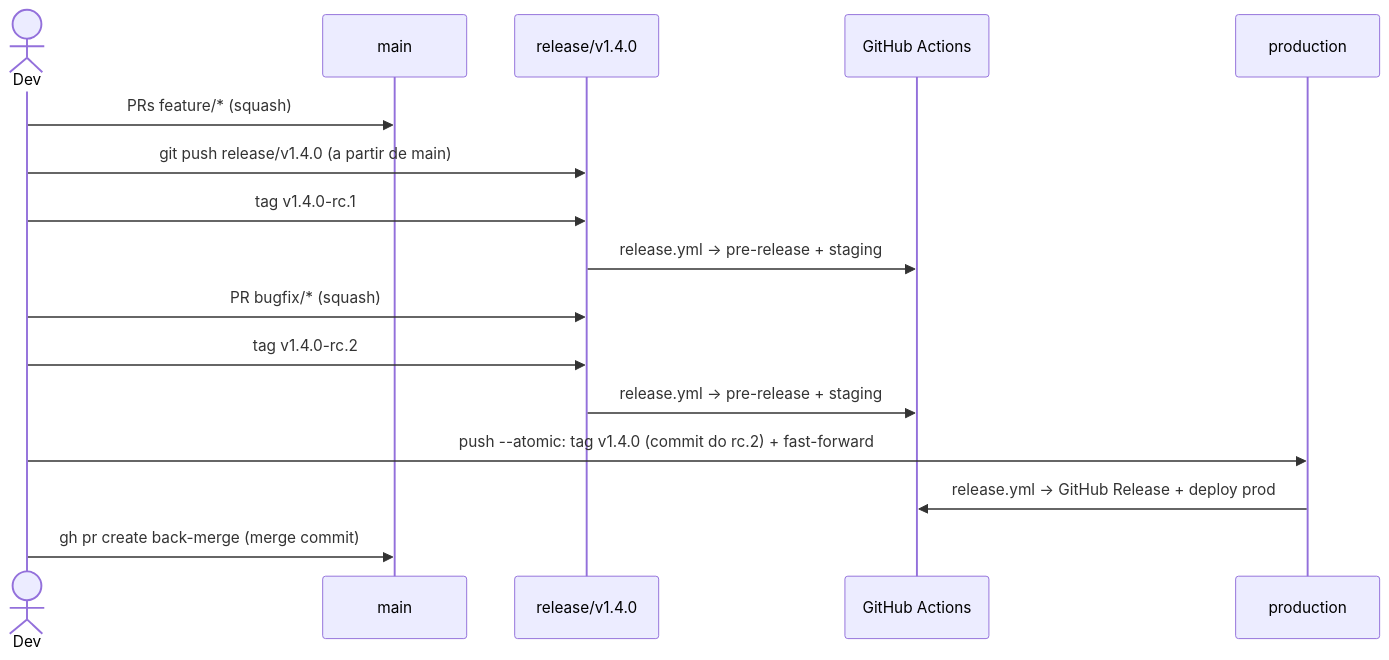
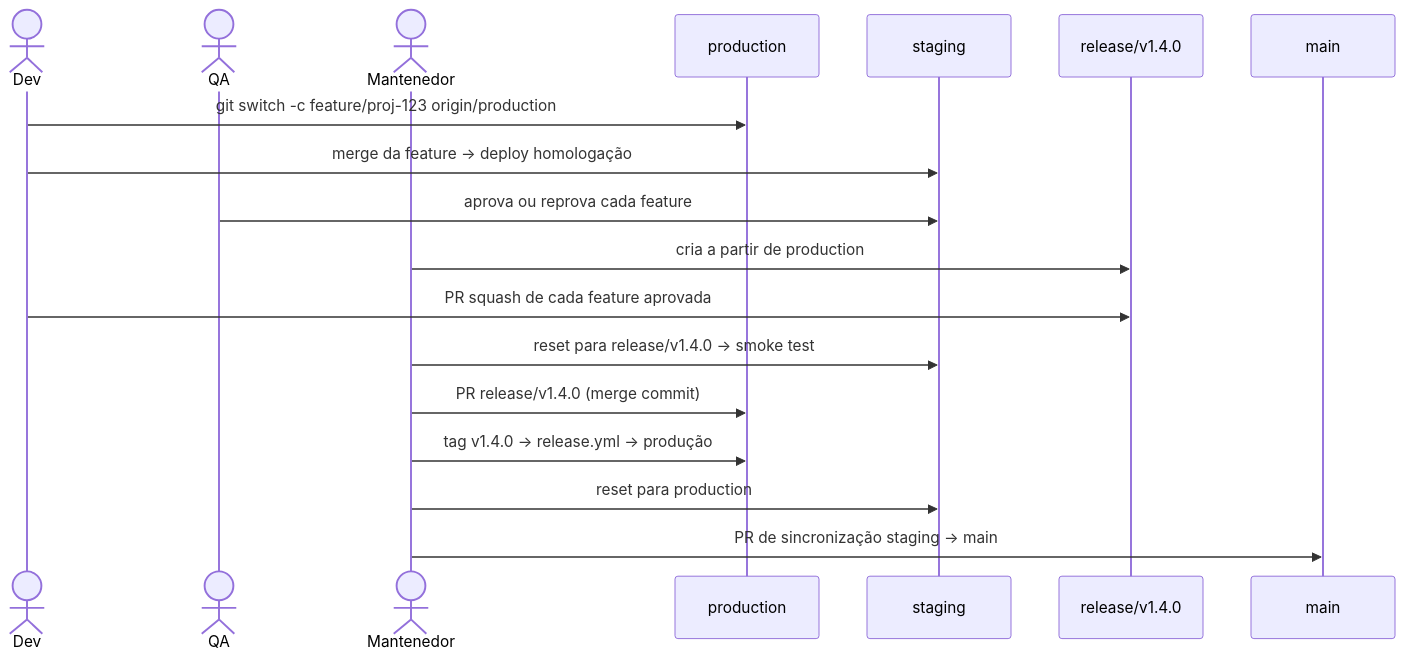
The diagram in GitFlow/03-releases-e-tags.md (uesleinasch/ConventionsCode), drawn with Mermaid before and after one commit. The commit also changed other lines of this file and 20 other files, not shown here.

First line of the commit message:
feat(gitflow)!: adota release seletiva a partir de production com staging opcional

````diff
--- a/GitFlow/03-releases-e-tags.md
+++ b/GitFlow/03-releases-e-tags.md
@@ -26,19 +26,21 @@
 ```mermaid
 sequenceDiagram
     actor Dev
+    actor QA
+    actor Mant as Mantenedor
+    participant prod as production
+    participant stg as staging
+    participant rel as release/v1.4.0
     participant main
-    participant rel as release/v1.4.0
-    participant gh as GitHub Actions
-    participant prod as production
 
-    Dev->>main: PRs feature/* (squash)
-    Dev->>rel: git push release/v1.4.0 (a partir de main)
-    Dev->>rel: tag v1.4.0-rc.1
-    rel->>gh: release.yml → pre-release + staging
-    Dev->>rel: PR bugfix/* (squash)
-    Dev->>rel: tag v1.4.0-rc.2
-    rel->>gh: release.yml → pre-release + staging
-    Dev->>prod: push --atomic: tag v1.4.0 (commit do rc.2) + fast-forward
-    prod->>gh: release.yml → GitHub Release + deploy prod
-    Dev->>main: gh pr create back-merge (merge commit)
+    Dev->>prod: git switch -c feature/proj-123 origin/production
+    Dev->>stg: merge da feature → deploy homologação
+    QA->>stg: aprova ou reprova cada feature
+    Mant->>rel: cria a partir de production
+    Dev->>rel: PR squash de cada feature aprovada
+    Mant->>stg: reset para release/v1.4.0 → smoke test
+    Mant->>prod: PR release/v1.4.0 (merge commit)
+    Mant->>prod: tag v1.4.0 → release.yml → produção
+    Mant->>stg: reset para production
+    Mant->>main: PR de sincronização staging → main
 ```
````
